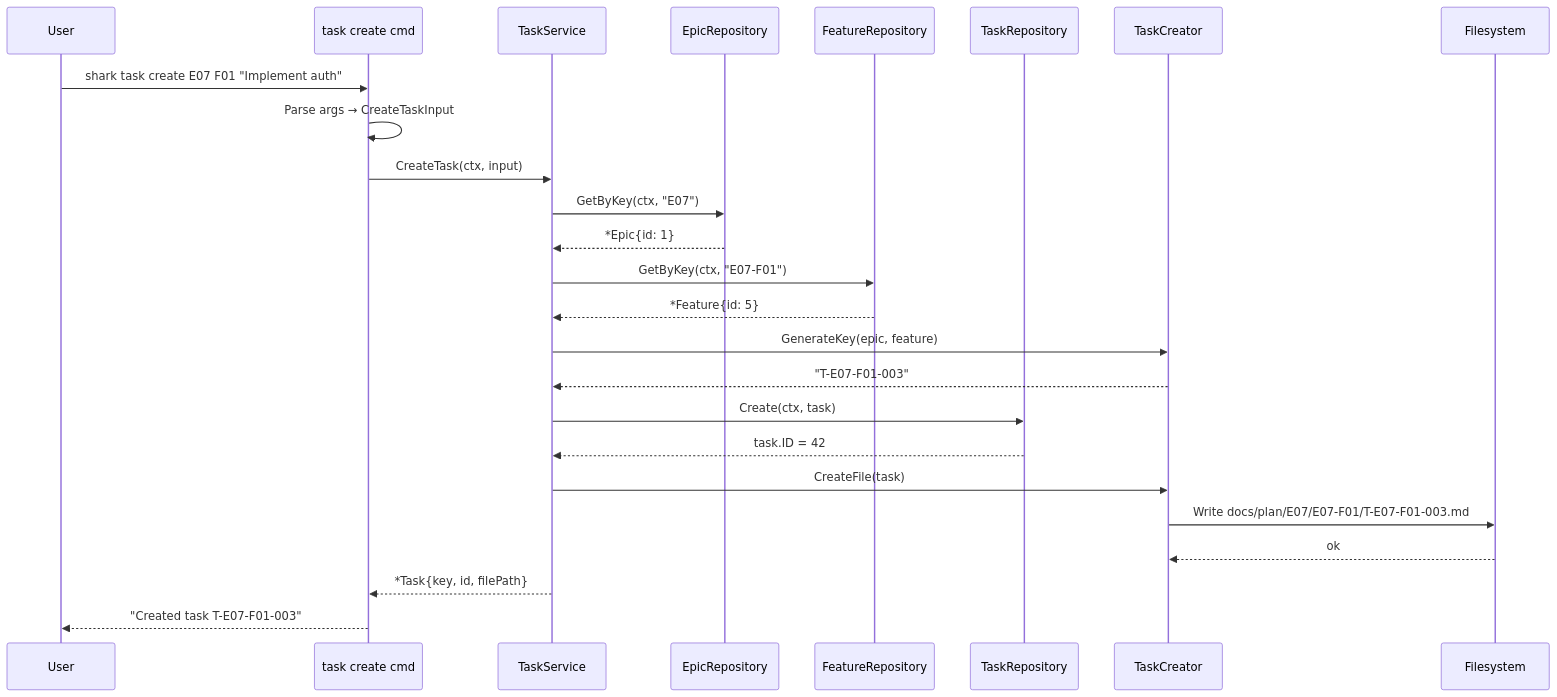
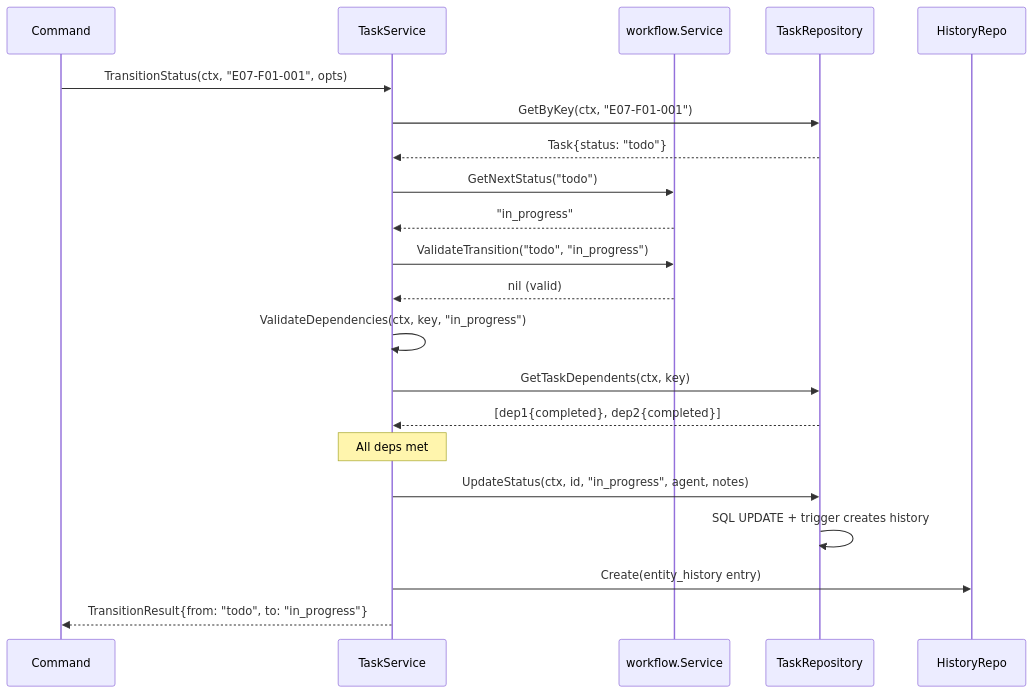
The second of 5 diagrams in brownfield-docs/diagrams/behavioral/sequence-diagrams.md (jwwelbor/shark-task-manager), drawn with Mermaid before and after one commit. The commit also changed other lines of this file and 47 other files, not shown here.

````diff
--- a/brownfield-docs/diagrams/behavioral/sequence-diagrams.md
+++ b/brownfield-docs/diagrams/behavioral/sequence-diagrams.md
@@ -44,34 +37,24 @@
 ```mermaid
 sequenceDiagram
-    participant User
-    participant Cmd as task create cmd
-    participant Svc as TaskService
-    participant ERepo as EpicRepository
-    participant FRepo as FeatureRepository
-    participant TRepo as TaskRepository
-    participant Creator as TaskCreator
-    participant FS as Filesystem
+    participant CMD as Command
+    participant SVC as TaskService
+    participant WF as workflow.Service
+    participant REPO as TaskRepository
+    participant HIST as HistoryRepo
 
-    User->>Cmd: shark task create E07 F01 "Implement auth"
-    Cmd->>Cmd: Parse args → CreateTaskInput
-    Cmd->>Svc: CreateTask(ctx, input)
-
-    Svc->>ERepo: GetByKey(ctx, "E07")
-    ERepo-->>Svc: *Epic{id: 1}
-
-    Svc->>FRepo: GetByKey(ctx, "E07-F01")
-    FRepo-->>Svc: *Feature{id: 5}
-
-    Svc->>Creator: GenerateKey(epic, feature)
-    Creator-->>Svc: "T-E07-F01-003"
-
-    Svc->>TRepo: Create(ctx, task)
-    TRepo-->>Svc: task.ID = 42
-
-    Svc->>Creator: CreateFile(task)
-    Creator->>FS: Write docs/plan/E07/E07-F01/T-E07-F01-003.md
-    FS-->>Creator: ok
-
-    Svc-->>Cmd: *Task{key, id, filePath}
-    Cmd-->>User: "Created task T-E07-F01-003"
+    CMD->>SVC: TransitionStatus(ctx, "E07-F01-001", opts)
+    SVC->>REPO: GetByKey(ctx, "E07-F01-001")
+    REPO-->>SVC: Task{status: "todo"}
+    SVC->>WF: GetNextStatus("todo")
+    WF-->>SVC: "in_progress"
+    SVC->>WF: ValidateTransition("todo", "in_progress")
+    WF-->>SVC: nil (valid)
+    SVC->>SVC: ValidateDependencies(ctx, key, "in_progress")
+    SVC->>REPO: GetTaskDependents(ctx, key)
+    REPO-->>SVC: [dep1{completed}, dep2{completed}]
+    Note over SVC: All deps met
+    SVC->>REPO: UpdateStatus(ctx, id, "in_progress", agent, notes)
+    REPO->>REPO: SQL UPDATE + trigger creates history
+    SVC->>HIST: Create(entity_history entry)
+    SVC-->>CMD: TransitionResult{from: "todo", to: "in_progress"}
 ```
````
